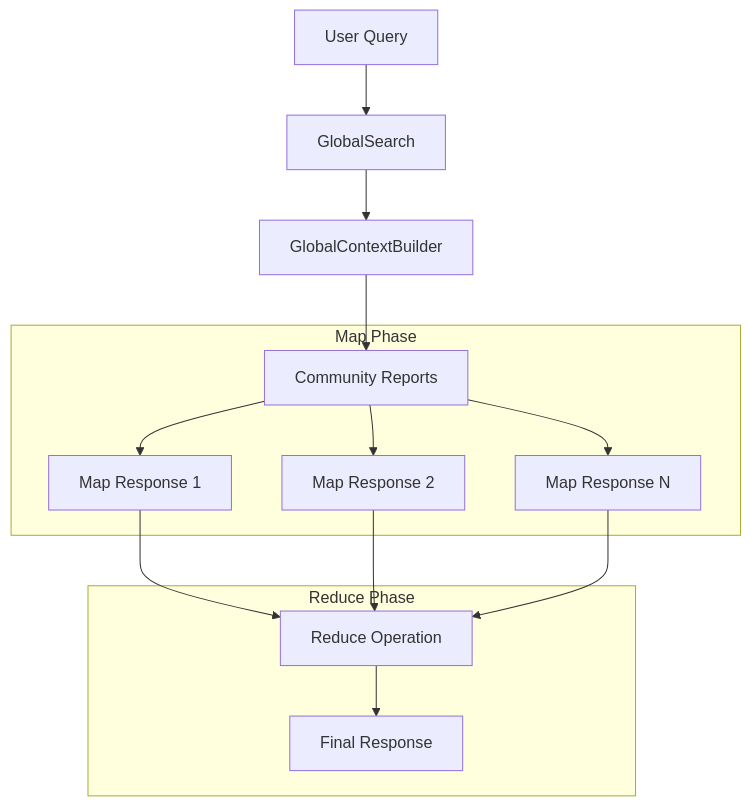
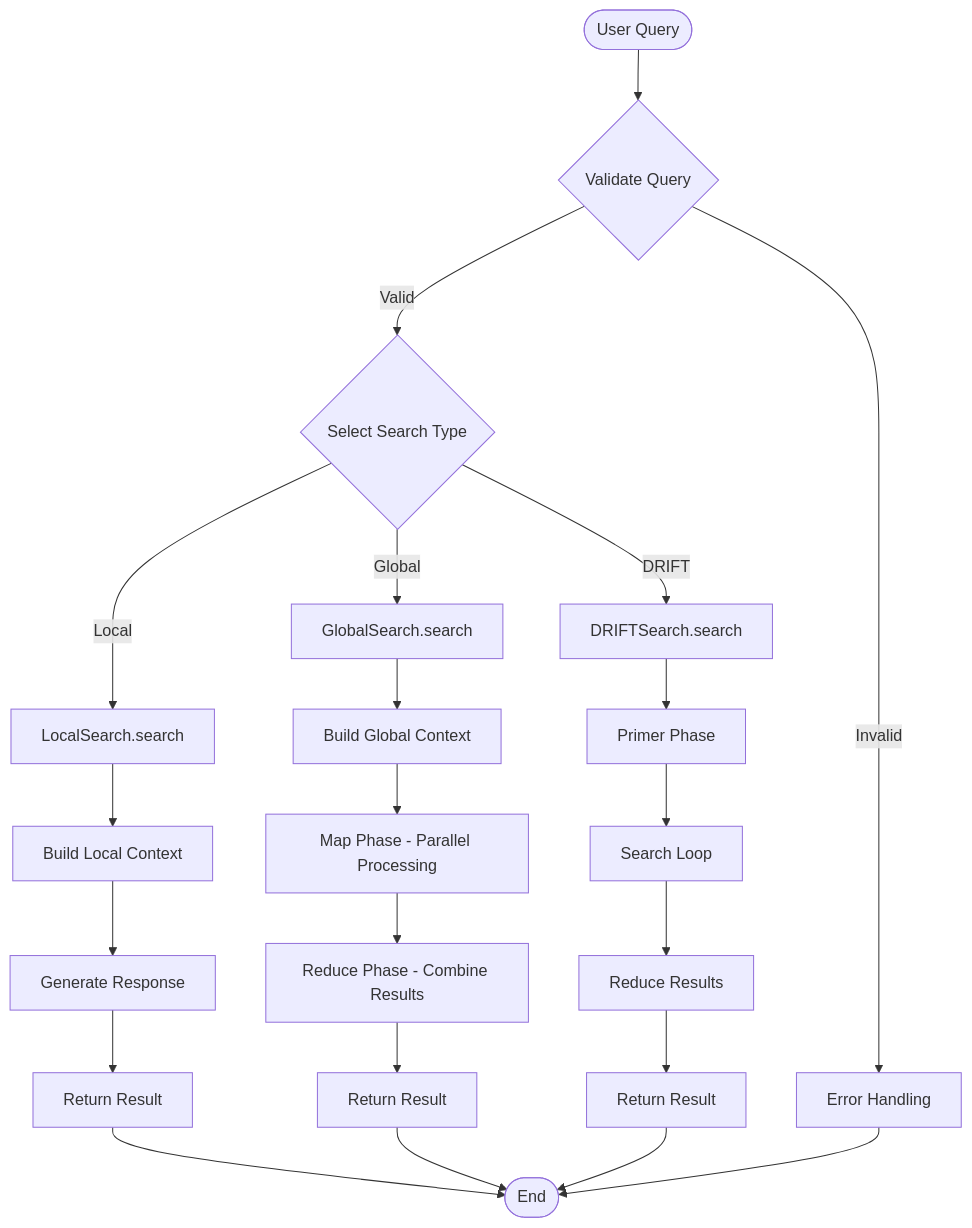
Before and after one commit to FSoft-AI4Code/codewiki-demo: the sixth of 8 diagrams in docs/microsoft--graphrag-docs/structured_search.md, drawn with Mermaid. The commit also changed other lines of this file and 1103 other files, not shown here.

````diff
--- a/docs/microsoft--graphrag-docs/structured_search.md
+++ b/docs/microsoft--graphrag-docs/structured_search.md
@@ -122,19 +211,29 @@
 ```mermaid
-graph TB
-    Query[User Query] --> GS[GlobalSearch]
-    GS --> GCB[GlobalContextBuilder]
-    GCB --> Communities[Community Reports]
+flowchart TD
+    Start([User Query]) --> Validate{Validate Query}
+    Validate -->|Valid| Route{Select Search Type}
+    Route -->|Local| LocalPath
+    Route -->|Global| GlobalPath
+    Route -->|DRIFT| DriftPath
     
-    subgraph "Map Phase"
-        Communities --> Map1[Map Response 1]
-        Communities --> Map2[Map Response 2]
-        Communities --> Map3[Map Response N]
-    end
+    LocalPath[LocalSearch.search] --> BuildLocal[Build Local Context]
+    BuildLocal --> LocalLLM[Generate Response]
+    LocalLLM --> ReturnLocal[Return Result]
     
-    subgraph "Reduce Phase"
-        Map1 --> Reduce[Reduce Operation]
-        Map2 --> Reduce
-        Map3 --> Reduce
-        Reduce --> Final[Final Response]
-    end
+    GlobalPath[GlobalSearch.search] --> BuildGlobal[Build Global Context]
+    BuildGlobal --> MapPhase[Map Phase - Parallel Processing]
+    MapPhase --> ReducePhase[Reduce Phase - Combine Results]
+    ReducePhase --> ReturnGlobal[Return Result]
+    
+    DriftPath[DRIFTSearch.search] --> Primer[Primer Phase]
+    Primer --> SearchLoop[Search Loop]
+    SearchLoop --> ReduceDrift[Reduce Results]
+    ReduceDrift --> ReturnDrift[Return Result]
+    
+    ReturnLocal --> End([End])
+    ReturnGlobal --> End
+    ReturnDrift --> End
+    
+    Validate -->|Invalid| Error[Error Handling]
+    Error --> End
 ```
````
